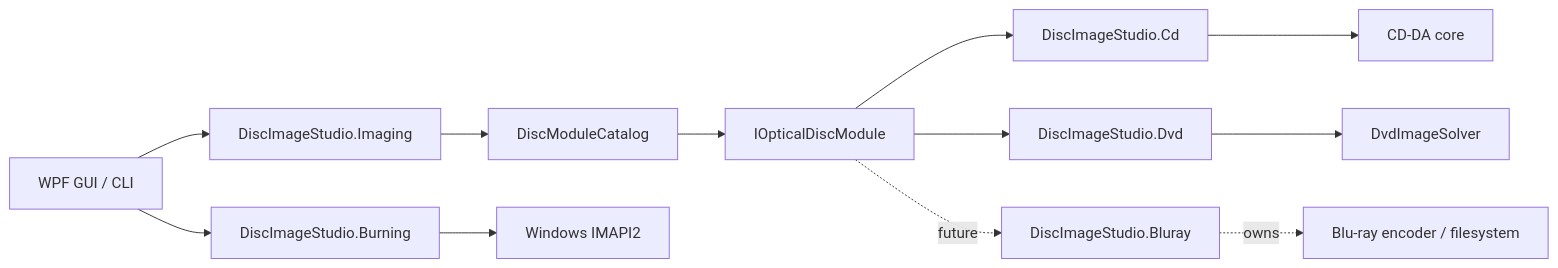
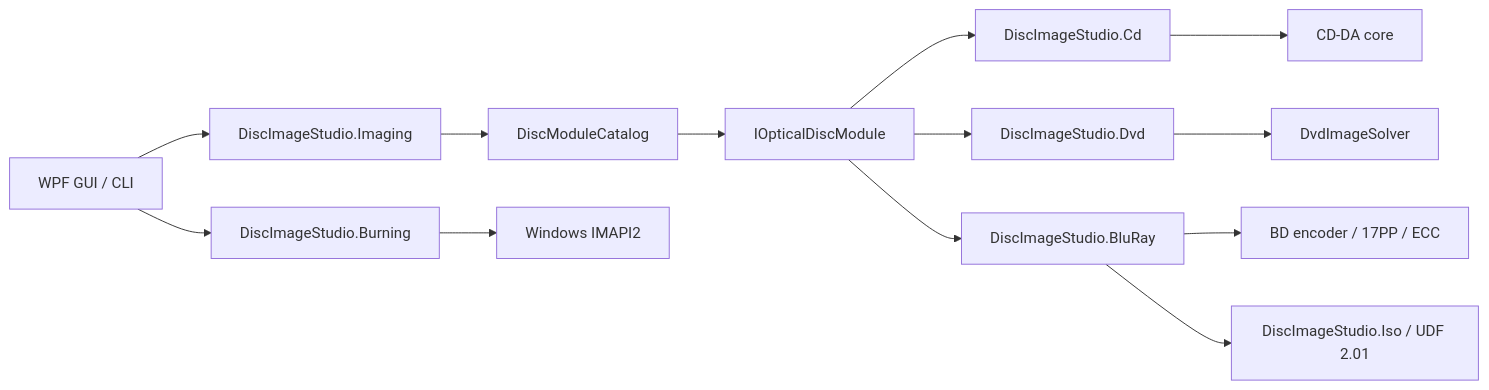
The diagram in docs/ARCHITECTURE.md (Catho168/DiscImageStudio), drawn with Mermaid before and after one commit. The commit also changed other lines of this file and 30 other files, not shown here.

````diff
--- a/docs/ARCHITECTURE.md
+++ b/docs/ARCHITECTURE.md
@@ -7,14 +7,15 @@
 ```mermaid
 flowchart LR
     GUI[WPF GUI / CLI] --> Imaging[DiscImageStudio.Imaging]
     Imaging --> Catalog[DiscModuleCatalog]
     GUI --> Burning[DiscImageStudio.Burning]
     Burning --> IMAPI[Windows IMAPI2]
     Catalog --> Contract[IOpticalDiscModule]
     Contract --> CD[DiscImageStudio.Cd]
     Contract --> DVD[DiscImageStudio.Dvd]
-    Contract -. future .-> BD[DiscImageStudio.Bluray]
+    Contract --> BD[DiscImageStudio.BluRay]
     DVD --> Engine[DvdImageSolver]
     CD --> CdEngine[CD-DA core]
-    BD -. owns .-> BdEngine[Blu-ray encoder / filesystem]
+    BD --> BdEngine[BD encoder / 17PP / ECC]
+    BD --> Iso[DiscImageStudio.Iso / UDF 2.01]
 ```
````
